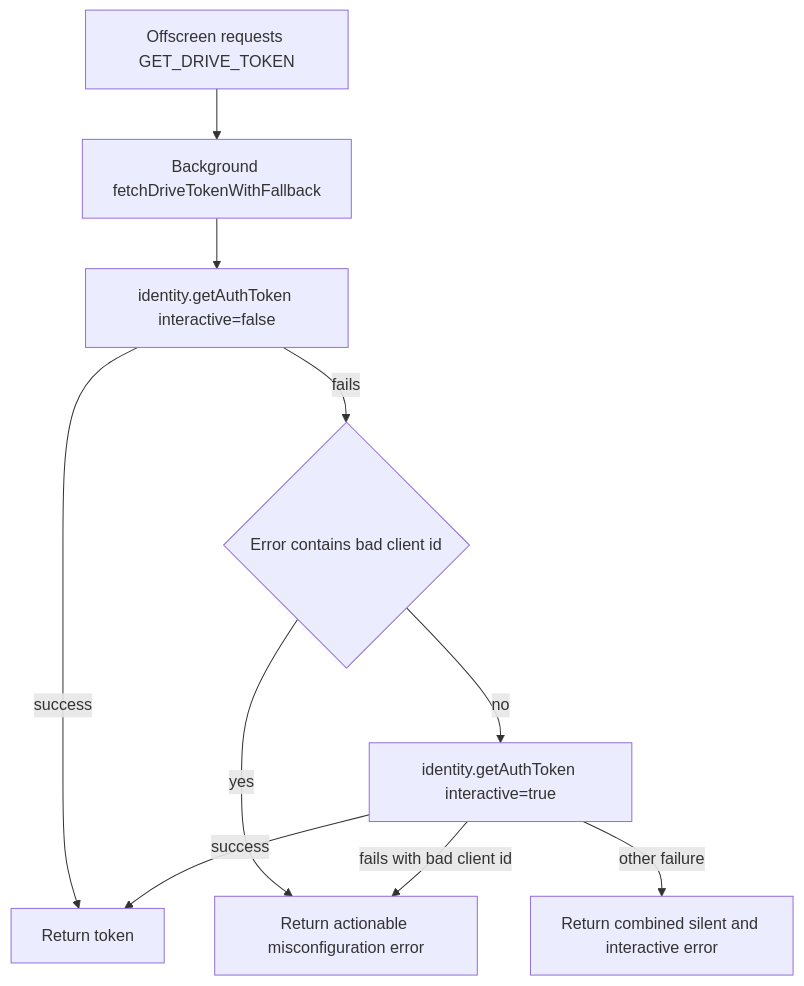
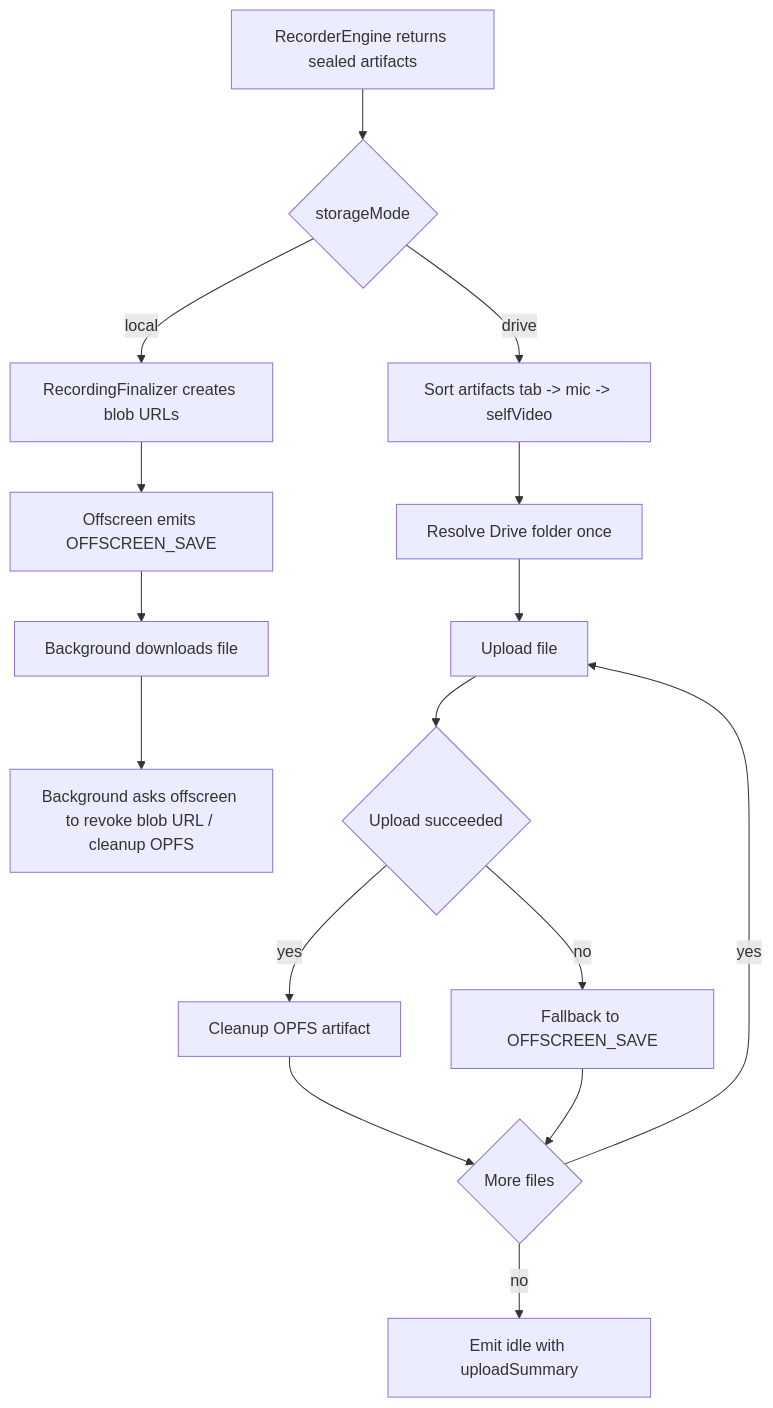
The fourth of 10 diagrams in Documentation.md (kstroevsky/chrome-meeting-recording-extension), drawn with Mermaid before and after one commit. The commit also changed other lines of this file, not shown here.

Commit message:
Docs: Update Documentation.md with new architecture approach

````diff
--- a/Documentation.md
+++ b/Documentation.md
@@ -207,15 +521,20 @@
 ```mermaid
 flowchart TD
-    A[Offscreen requests GET_DRIVE_TOKEN] --> B[Background fetchDriveTokenWithFallback]
-    B --> C[identity.getAuthToken interactive=false]
+    A[RecorderEngine returns sealed artifacts] --> B{storageMode}
 
-    C -->|success| D[Return token]
-    C -->|fails| E{Error contains bad client id}
+    B -->|local| C[RecordingFinalizer creates blob URLs]
+    C --> D[Offscreen emits OFFSCREEN_SAVE]
+    D --> E[Background downloads file]
+    E --> F[Background asks offscreen to revoke blob URL / cleanup OPFS]
 
-    E -->|yes| F[Return actionable misconfiguration error]
-    E -->|no| G[identity.getAuthToken interactive=true]
-
-    G -->|success| D
-    G -->|fails with bad client id| F
-    G -->|other failure| H[Return combined silent and interactive error]
+    B -->|drive| G[Sort artifacts tab -> mic -> selfVideo]
+    G --> H[Resolve Drive folder once]
+    H --> I[Upload file]
+    I --> J{Upload succeeded}
+    J -->|yes| K[Cleanup OPFS artifact]
+    J -->|no| L[Fallback to OFFSCREEN_SAVE]
+    K --> M{More files}
+    L --> M
+    M -->|yes| I
+    M -->|no| N[Emit idle with uploadSummary]
 ```
````
